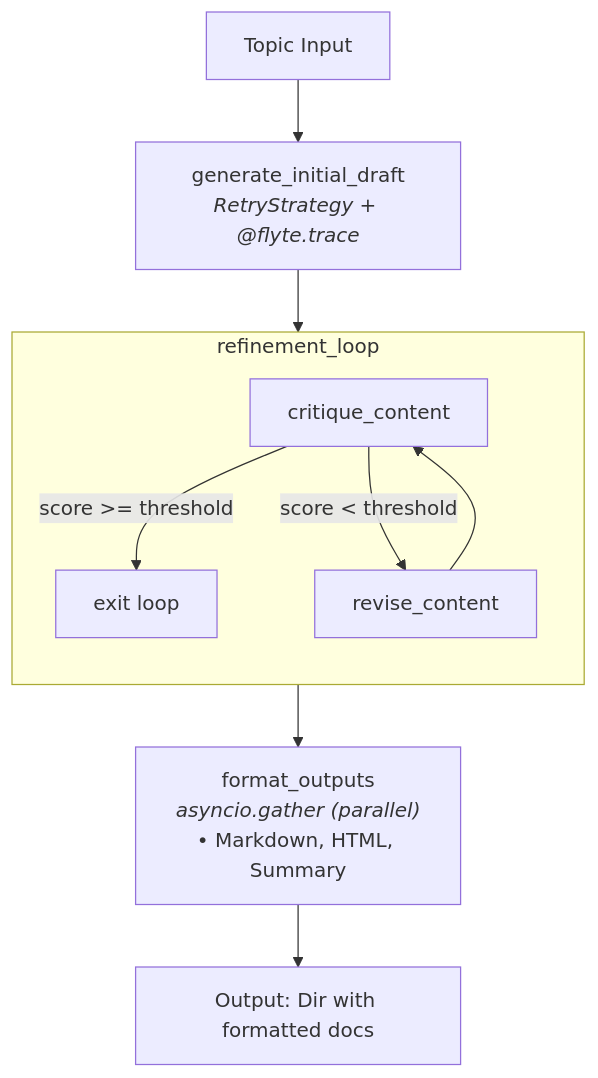
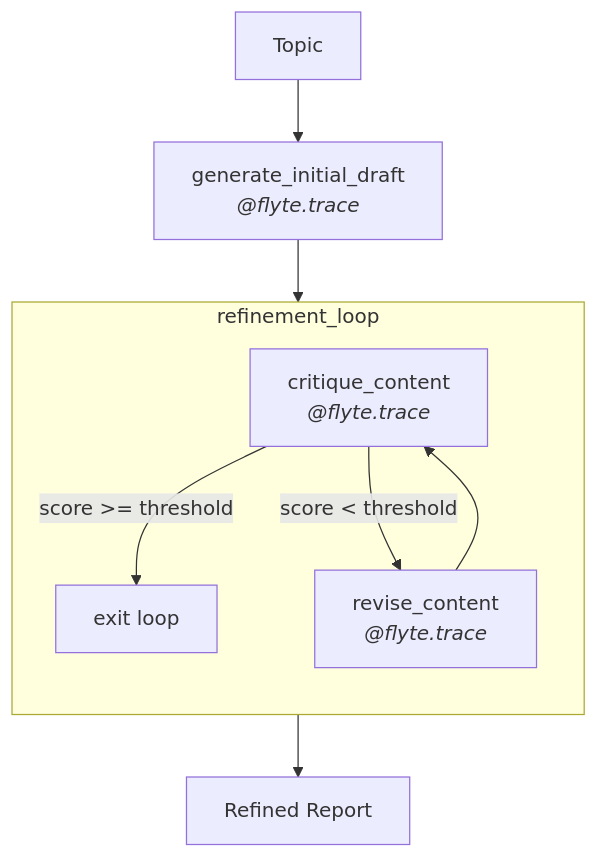
Before and after one commit to unionai/unionai-docs: the second of 2 diagrams in content/user-guide/feature-showcase/_index.md, drawn with Mermaid. The commit also changed other lines of this file and 4 other files, not shown here.

First line of the commit message:
Update feature-showcase docs for batch pipeline architecture

````diff
--- a/content/user-guide/feature-showcase/_index.md
+++ b/content/user-guide/feature-showcase/_index.md
@@ -34,18 +63,13 @@
 ```mermaid
 flowchart TD
-    A[Topic Input] --> B
-
-    B["generate_initial_draft<br/><i>RetryStrategy + @flyte.trace</i>"]
+    A[Topic] --> B["generate_initial_draft<br/><i>@flyte.trace</i>"]
     B --> C
 
     subgraph C ["refinement_loop"]
         direction TB
-        D[critique_content] -->|score >= threshold| E[exit loop]
-        D -->|score < threshold| F[revise_content]
+        D["critique_content<br/><i>@flyte.trace</i>"] -->|score >= threshold| E[exit loop]
+        D -->|score < threshold| F["revise_content<br/><i>@flyte.trace</i>"]
         F --> D
     end
-    C --> H
-
-    H["format_outputs<br/><i>asyncio.gather (parallel)</i><br/>• Markdown, HTML, Summary"]
-    H --> I[Output: Dir with formatted docs]
+    C --> G[Refined Report]
 ```
````
